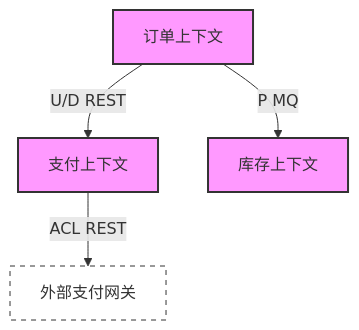
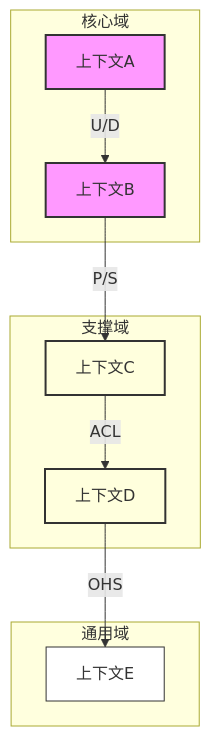
Before and after one commit to jamesdx/dove: the diagram in doc/02 template/00 design/dove-ddd-design-context-mapping.md, drawn with Mermaid. The commit also changed other lines of this file and 5 other files, not shown here.

````diff
--- a/doc/02 template/00 design/dove-ddd-design-context-mapping.md
+++ b/doc/02 template/00 design/dove-ddd-design-context-mapping.md
@@ -35,11 +41,32 @@
 ```mermaid
-graph TD
-    A[订单上下文] -->|U/D REST| B[支付上下文]
-    A -->|P MQ| C[库存上下文]
-    B -->|ACL REST| D[外部支付网关]
+graph TB
+    subgraph "核心域"
+        A[上下文A]
+        B[上下文B]
+    end
     
-    classDef context fill:#f9f,stroke:#333,stroke-width:2px;
-    class A,B,C context
-    classDef external fill:#fff,stroke:#333,stroke-width:1px,stroke-dasharray: 5 5;
-    class D external
+    subgraph "支撑域"
+        C[上下文C]
+        D[上下文D]
+    end
+    
+    subgraph "通用域"
+        E[上下文E]
+    end
+    
+    %% 定义上下文间的关系
+    A -->|U/D| B
+    B -->|P/S| C
+    C -->|ACL| D
+    D -->|OHS| E
+    
+    %% 样式定义
+    classDef core fill:#f9f,stroke:#333,stroke-width:2px;
+    classDef supporting fill:#ffd,stroke:#333,stroke-width:2px;
+    classDef generic fill:#fff,stroke:#333,stroke-width:1px;
+    
+    %% 应用样式
+    class A,B core;
+    class C,D supporting;
+    class E generic;
 ```
````
